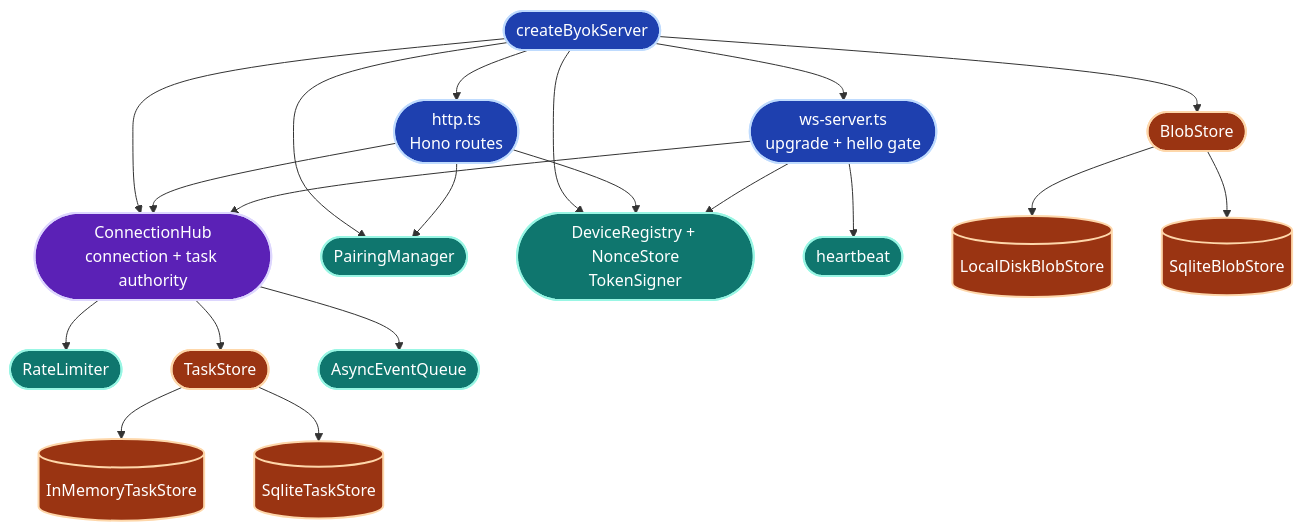
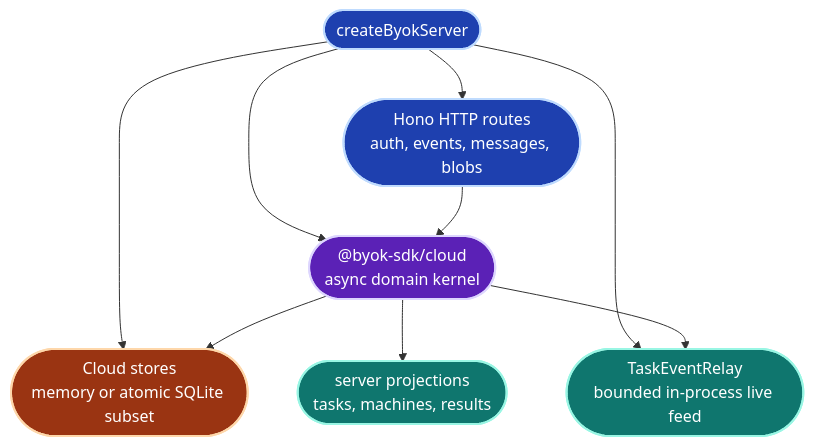
Before and after one commit to Ancienttwo/byok-sdk: the fifth of 23 diagrams in docs/architecture/sdk-architecture.md, drawn with Mermaid. The commit also changed other lines of this file and 10 other files, not shown here.

````diff
--- a/docs/architecture/sdk-architecture.md
+++ b/docs/architecture/sdk-architecture.md
@@ -320,43 +323,23 @@
 ```mermaid
 flowchart TB
   classDef api fill:#1e40af,stroke:#bfdbfe,stroke-width:2px,color:#fff
   classDef core fill:#5b21b6,stroke:#ddd6fe,stroke-width:2px,color:#fff
   classDef store fill:#9a3412,stroke:#fed7aa,stroke-width:2px,color:#fff
   classDef support fill:#0f766e,stroke:#99f6e4,stroke-width:2px,color:#fff
 
   Factory(["createByokServer"]):::api
-  Hono(["http.ts<br/>Hono routes"]):::api
-  WS(["ws-server.ts<br/>upgrade + hello gate"]):::api
-  Hub(["ConnectionHub<br/>connection + task authority"]):::core
-  Pair(["PairingManager"]):::support
-  Auth(["DeviceRegistry + NonceStore<br/>TokenSigner"]):::support
-  Rate(["RateLimiter"]):::support
-  Heart(["heartbeat"]):::support
-  TaskPort(["TaskStore"]):::store
-  TaskMem[("InMemoryTaskStore")]:::store
-  TaskSql[("SqliteTaskStore")]:::store
-  BlobPort(["BlobStore"]):::store
-  BlobDisk[("LocalDiskBlobStore")]:::store
-  BlobSql[("SqliteBlobStore")]:::store
-  Events(["AsyncEventQueue"]):::support
+  Hono(["Hono HTTP routes<br/>auth, events, messages, blobs"]):::api
+  Cloud(["@byok-sdk/cloud<br/>async domain kernel"]):::core
+  Stores(["Cloud stores<br/>memory or atomic SQLite subset"]):::store
+  Relay(["TaskEventRelay<br/>bounded in-process live feed"]):::support
+  Snapshot(["server projections<br/>tasks, machines, results"]):::support
 
   Factory --> Hono
-  Factory --> WS
-  Factory --> Hub
-  Factory --> Pair
-  Factory --> Auth
-  Hono --> Hub
-  Hono --> Pair
-  Hono --> Auth
-  WS --> Hub
-  WS --> Auth
-  Hub --> Rate
-  Hub --> TaskPort
-  Hub --> Events
-  WS --> Heart
-  TaskPort --> TaskMem
-  TaskPort --> TaskSql
-  Factory --> BlobPort
-  BlobPort --> BlobDisk
-  BlobPort --> BlobSql
+  Factory --> Cloud
+  Factory --> Stores
+  Factory --> Relay
+  Hono --> Cloud
+  Cloud --> Stores
+  Cloud --> Snapshot
+  Cloud --> Relay
 ```
````
